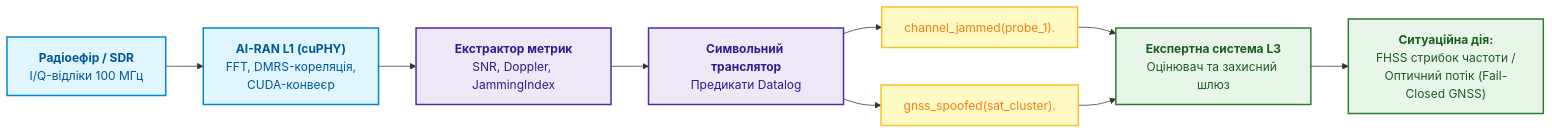
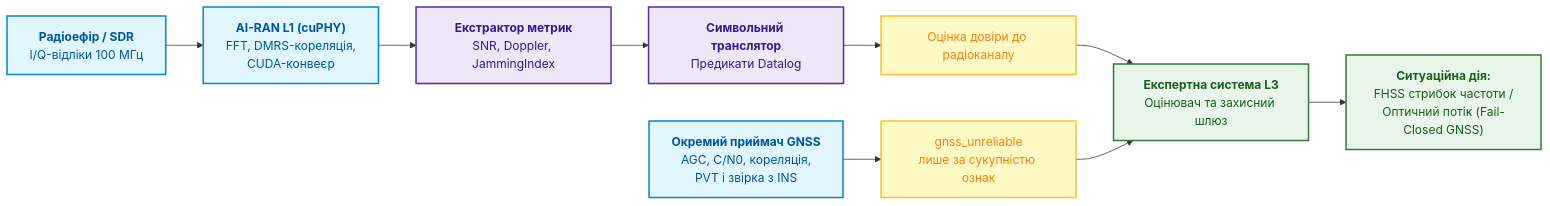
One commit to nick-fedchik/articles changed the sixth of 9 diagrams in ExpertSystem/ch22-cybernetics-edge-to-backend.md. Above: the diagram before and after it, drawn with Mermaid. The commit also changed other lines of this file and 24 other files, not shown here.

````diff
--- a/ExpertSystem/ch22-cybernetics-edge-to-backend.md
+++ b/ExpertSystem/ch22-cybernetics-edge-to-backend.md
@@ -697,25 +714,25 @@
 ```mermaid
 flowchart LR
     accTitle: Архітектура перетворення радіофізичного рівня AI-RAN у доказові факти
-    accDescr: Антена SDR, обробка базової смуги cuPHY, видобування метрик спектра, трансляція в факти Datalog та ситуаційне керування.
+    accDescr: Метрики радіоканалу обмежують довіру до транспорту; окремий приймач GNSS надає власні незалежні ознаки. Індекс радіоканалу не доводить спуфінгу або навмисності завади.
 
     ANT["<b>Радіоефір / SDR</b><br/>I/Q-відліки 100 МГц"] --> CUPHY["<b>AI-RAN L1 (cuPHY)</b><br/>FFT, DMRS-кореляція,<br/>CUDA-конвеєр"]
     CUPHY --> EXT["<b>Екстрактор метрик</b><br/>SNR, Doppler, JammingIndex"]
     EXT --> TRANS["<b>Символьний транслятор</b><br/>Предикати Datalog"]
     
-    TRANS --> D1["channel_jammed(probe_1)."]
-    TRANS --> D2["gnss_spoofed(sat_cluster)."]
+    TRANS --> D1["Оцінка довіри до радіоканалу"]
+    GNSS["<b>Окремий приймач GNSS</b><br/>AGC, C/N0, кореляція,<br/>PVT і звірка з INS"] --> D2["gnss_unreliable<br/>лише за сукупністю ознак"]
     
     D1 & D2 --> EXP["<b>Експертна система L3</b><br/>Оцінювач та захисний шлюз"]
     EXP --> ACT["<b>Ситуаційна дія:</b><br/>FHSS стрибок частоти /<br/>Оптичний потік (Fail-Closed GNSS)"]
 
     classDef rf fill:#e1f5fe,stroke:#0288d1,stroke-width:2px,color:#01579b;
     classDef soft fill:#ede7f6,stroke:#512da8,stroke-width:2px,color:#311b92;
     classDef fact fill:#fff9c4,stroke:#fbc02d,stroke-width:2px,color:#f57f17;
     classDef act fill:#e8f5e9,stroke:#2e7d32,stroke-width:2px,color:#1b5e20;
 
-    class ANT,CUPHY rf;
+    class ANT,CUPHY,GNSS rf;
     class EXT,TRANS soft;
     class D1,D2 fact;
     class EXP,ACT act;
 ```
````
